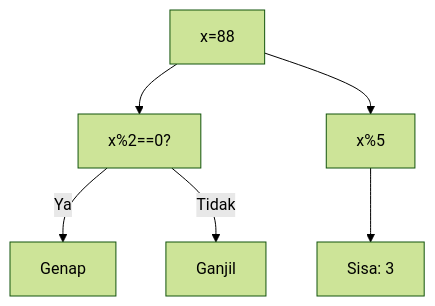
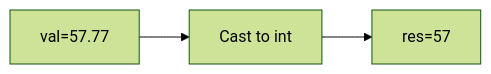
One commit to amnahwaida/OSNK_INF_PREP changed the fifth of 25 diagrams in part-c-pemahaman-cpp/01-tipe-data/latihan/set-04.md. Above: the diagram before and after it, drawn with Mermaid (forest theme). The commit also changed other lines of this file and 71 other files, not shown here.

````diff
--- a/part-c-pemahaman-cpp/01-tipe-data/latihan/set-04.md
+++ b/part-c-pemahaman-cpp/01-tipe-data/latihan/set-04.md
@@ -141,8 +129,5 @@
 ```mermaid
-graph TD
-A["x=88"] --> B["x%2==0?"]
-B -- Ya --> C["Genap"]
-B -- Tidak --> D["Ganjil"]
-A --> E["x%5"]
-E --> F["Sisa: 3"]
+graph LR
+A["val=57.77"] --> B["Cast to int"]
+B --> C["res=57"]
 ```
````
